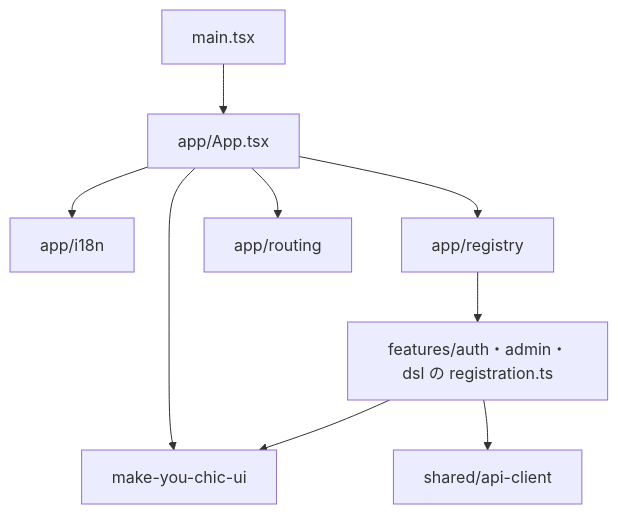
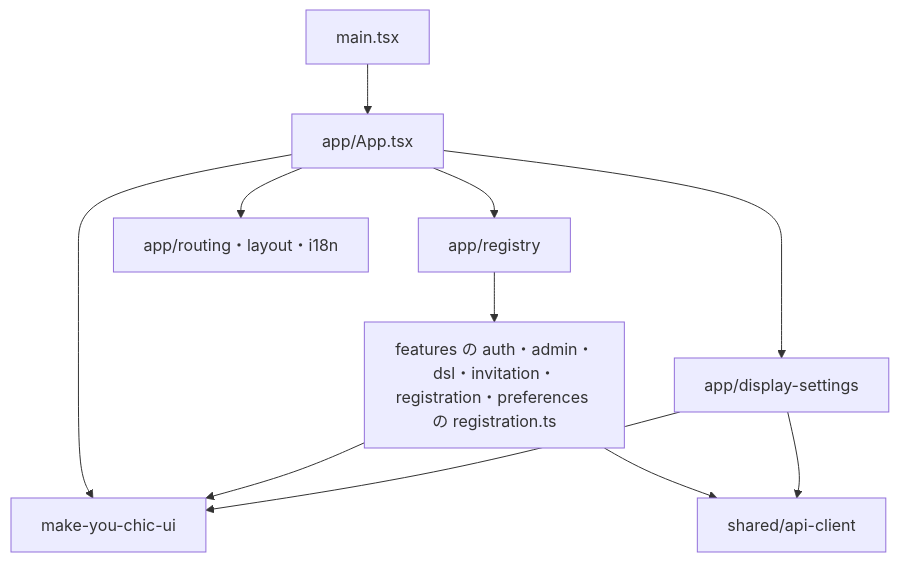
The second of 2 diagrams in aidlc/spaces/default/codekb/mastersmith2/dependencies.md (agwlvssainokuni/mastersmith2), drawn with Mermaid before and after one commit. The commit also changed other lines of this file and 16 other files, not shown here.

````diff
--- a/aidlc/spaces/default/codekb/mastersmith2/dependencies.md
+++ b/aidlc/spaces/default/codekb/mastersmith2/dependencies.md
@@ -84,11 +99,13 @@
 ```mermaid
 flowchart TD
   main["main.tsx"] --> app["app/App.tsx"]
   app --> myc["make-you-chic-ui"]
-  app --> i18n["app/i18n"]
+  app --> disp["app/display-settings"]
   app --> registry["app/registry"]
-  app --> routing["app/routing"]
-  registry --> features["features/auth・admin・dsl の registration.ts"]
+  app --> routing["app/routing・layout・i18n"]
+  registry --> features["features の auth・admin・dsl・invitation・registration・preferences の registration.ts"]
   features --> apic["shared/api-client"]
   features --> myc
+  disp --> apic
+  disp --> myc
 ```
````
